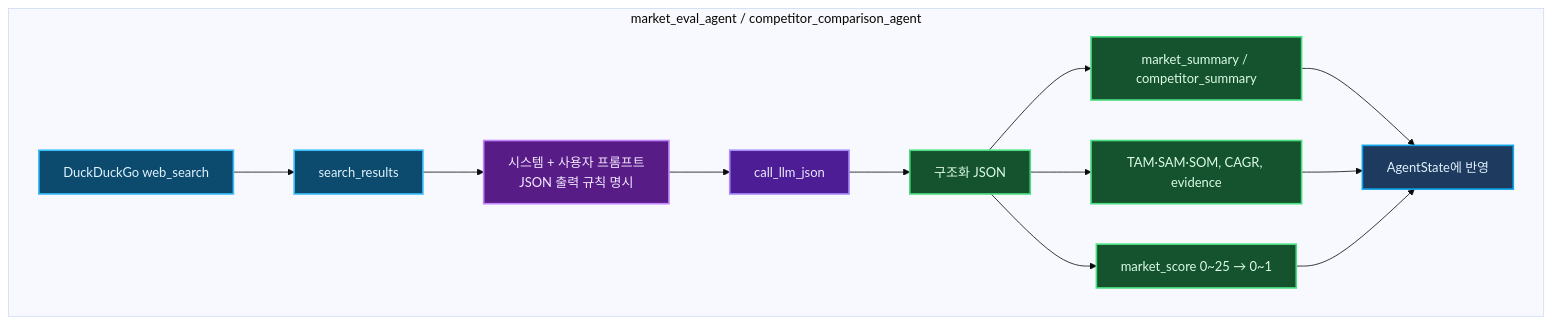
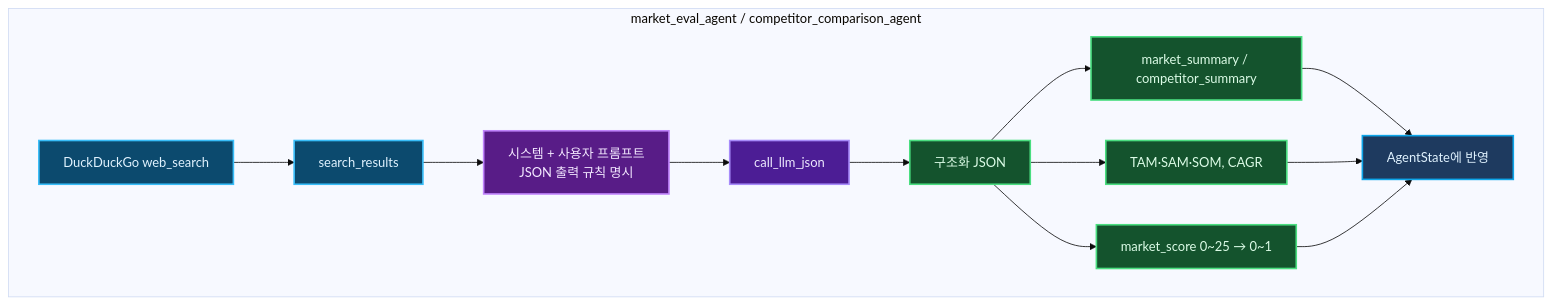
One commit to SKALA-Rag-MiniProject/Semiconductor-Startup-Investment-Agent changed the seventh of 9 diagrams in README.md. Above: the diagram before and after it, drawn with Mermaid (base theme). The commit also changed other lines of this file, not shown here.

````diff
--- a/README.md
+++ b/README.md
@@ -331,27 +349,27 @@
 ```mermaid
 flowchart LR
     subgraph web_llm["market_eval_agent / competitor_comparison_agent"]
         direction LR
         DDG[DuckDuckGo web_search] --> RAW[search_results]
         RAW --> PROMPT[시스템 + 사용자 프롬프트<br/>JSON 출력 규칙 명시]
         PROMPT --> LLM[call_llm_json]
         LLM --> JSON[구조화 JSON]
         JSON --> F1[market_summary / competitor_summary]
-        JSON --> F2[TAM·SAM·SOM, CAGR, evidence]
+        JSON --> F2[TAM·SAM·SOM, CAGR]
         JSON --> F3[market_score 0~25 → 0~1]
         F1 --> STATE[AgentState에 반영]
         F2 --> STATE
         F3 --> STATE
     end
 
     classDef web fill:#0c4a6e,stroke:#38bdf8,color:#e0f2fe,stroke-width:2px;
     classDef prompt fill:#581c87,stroke:#c084fc,color:#f3e8ff,stroke-width:2px;
     classDef llm fill:#4c1d95,stroke:#a78bfa,color:#ede9fe,stroke-width:2px;
     classDef json fill:#14532d,stroke:#4ade80,color:#dcfce7,stroke-width:2px;
     classDef state fill:#1e3a5f,stroke:#0ea5e9,color:#e0f2fe,stroke-width:2px;
     class DDG,RAW web;
     class PROMPT prompt;
     class LLM llm;
     class JSON,F1,F2,F3 json;
     class STATE state;
 ```
````
